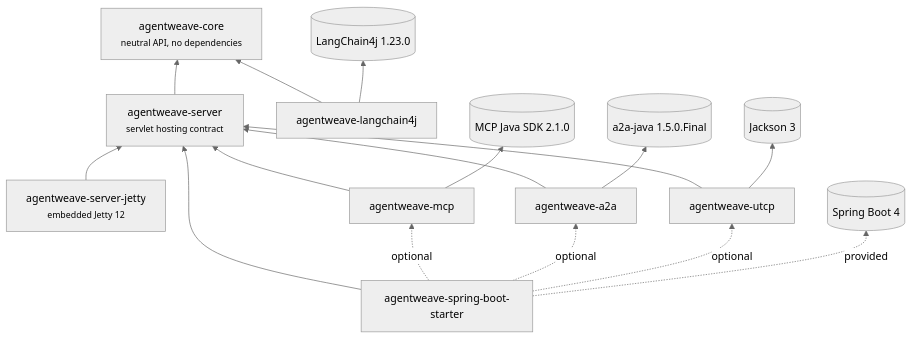
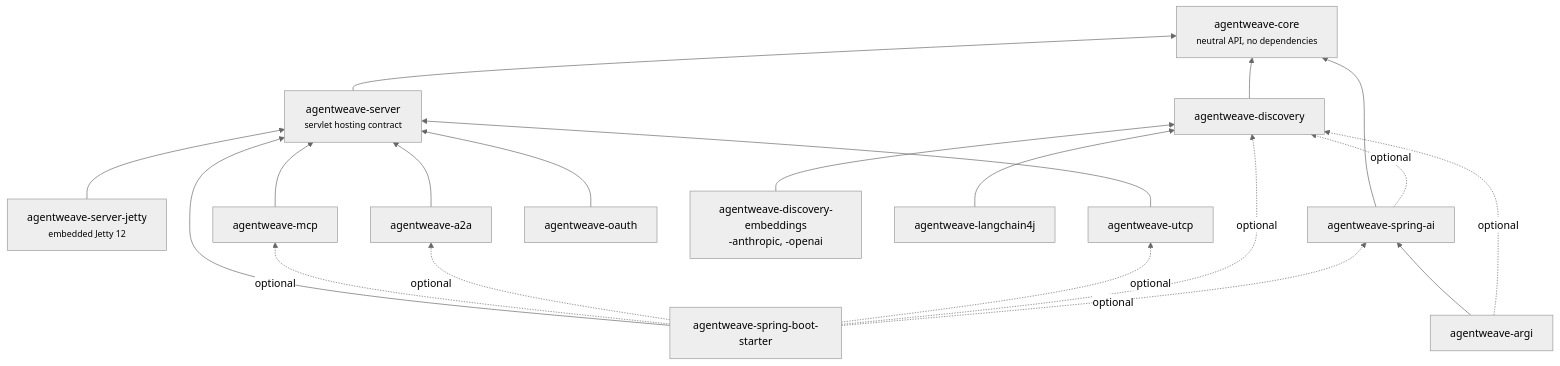
Before and after one commit to rahulbsw/protoweft: the diagram in docs/concepts/architecture.md, drawn with Mermaid (neutral theme). The commit also changed other lines of this file and 19 other files, not shown here.

Commit message:
Document the Spring AI, ARGI and OAuth integrations and the full MCP feature set

````diff
--- a/docs/concepts/architecture.md
+++ b/docs/concepts/architecture.md
@@ -8,34 +8,36 @@
 ```mermaid
 flowchart BT
     core["agentweave-core<br/><small>neutral API, no dependencies</small>"]
     server["agentweave-server<br/><small>servlet hosting contract</small>"]
     jetty["agentweave-server-jetty<br/><small>embedded Jetty 12</small>"]
     mcp["agentweave-mcp"]
     a2a["agentweave-a2a"]
     utcp["agentweave-utcp"]
+    oauth["agentweave-oauth"]
+    disc["agentweave-discovery"]
+    discx["agentweave-discovery-embeddings<br/>-anthropic, -openai"]
     lc4j["agentweave-langchain4j"]
+    sai["agentweave-spring-ai"]
+    argi["agentweave-argi"]
     starter["agentweave-spring-boot-starter"]
-
-    mcpsdk[("MCP Java SDK 2.1.0")]
-    a2asdk[("a2a-java 1.5.0.Final")]
-    jackson[("Jackson 3")]
-    lc4jlib[("LangChain4j 1.23.0")]
-    boot[("Spring Boot 4")]
 
     server --> core
     jetty --> server
     mcp --> server
     a2a --> server
     utcp --> server
-    lc4j --> core
+    oauth --> server
+    disc --> core
+    discx --> disc
+    lc4j --> disc
+    sai --> core
+    sai -. optional .-> disc
+    argi --> sai
+    argi -. optional .-> disc
     starter --> server
     starter -. optional .-> mcp
     starter -. optional .-> a2a
     starter -. optional .-> utcp
-
-    mcp --> mcpsdk
-    a2a --> a2asdk
-    utcp --> jackson
-    lc4j --> lc4jlib
-    starter -. provided .-> boot
+    starter -. optional .-> disc
+    starter -. optional .-> sai
 ```
````
